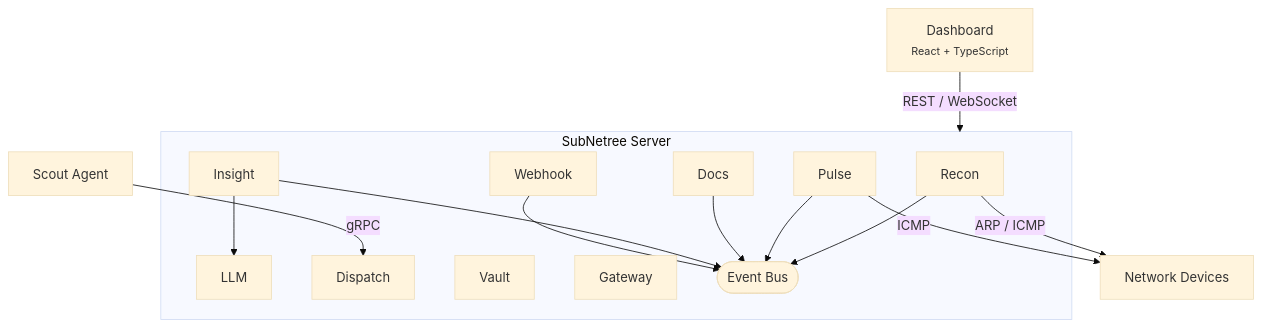
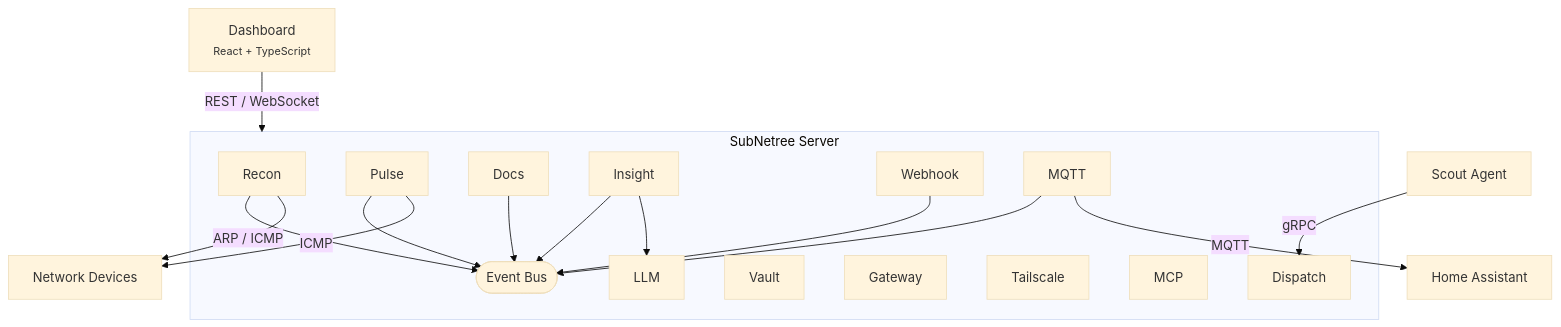
The diagram in README.md (HerbHall/subnetree), drawn with Mermaid (base theme) before and after one commit. The commit also changed other lines of this file and 1 other file, not shown here.

````diff
--- a/README.md
+++ b/README.md
@@ -255,31 +255,36 @@
 ```mermaid
 graph TD
     Dashboard["Dashboard<br/><small>React + TypeScript</small>"]
     Scout["Scout Agent"]
     Devices["Network Devices"]
 
     subgraph Server["SubNetree Server"]
         Recon["Recon"]
         Pulse["Pulse"]
         Docs["Docs"]
         Insight["Insight"]
         LLM["LLM"]
         Dispatch["Dispatch"]
         Vault["Vault"]
         Gateway["Gateway"]
         Webhook["Webhook"]
+        MQTT["MQTT"]
+        Tailscale["Tailscale"]
+        MCP["MCP"]
         EventBus(["Event Bus"])
 
         Recon --> EventBus
         Pulse --> EventBus
         Docs --> EventBus
         Insight --> EventBus
         Webhook --> EventBus
+        MQTT --> EventBus
     end
 
     Dashboard -- "REST / WebSocket" --> Server
     Scout -- "gRPC" --> Dispatch
     Recon -- "ARP / ICMP" --> Devices
     Pulse -- "ICMP" --> Devices
     Insight --> LLM
+    MQTT -- "MQTT" --> HA["Home Assistant"]
 ```
````
